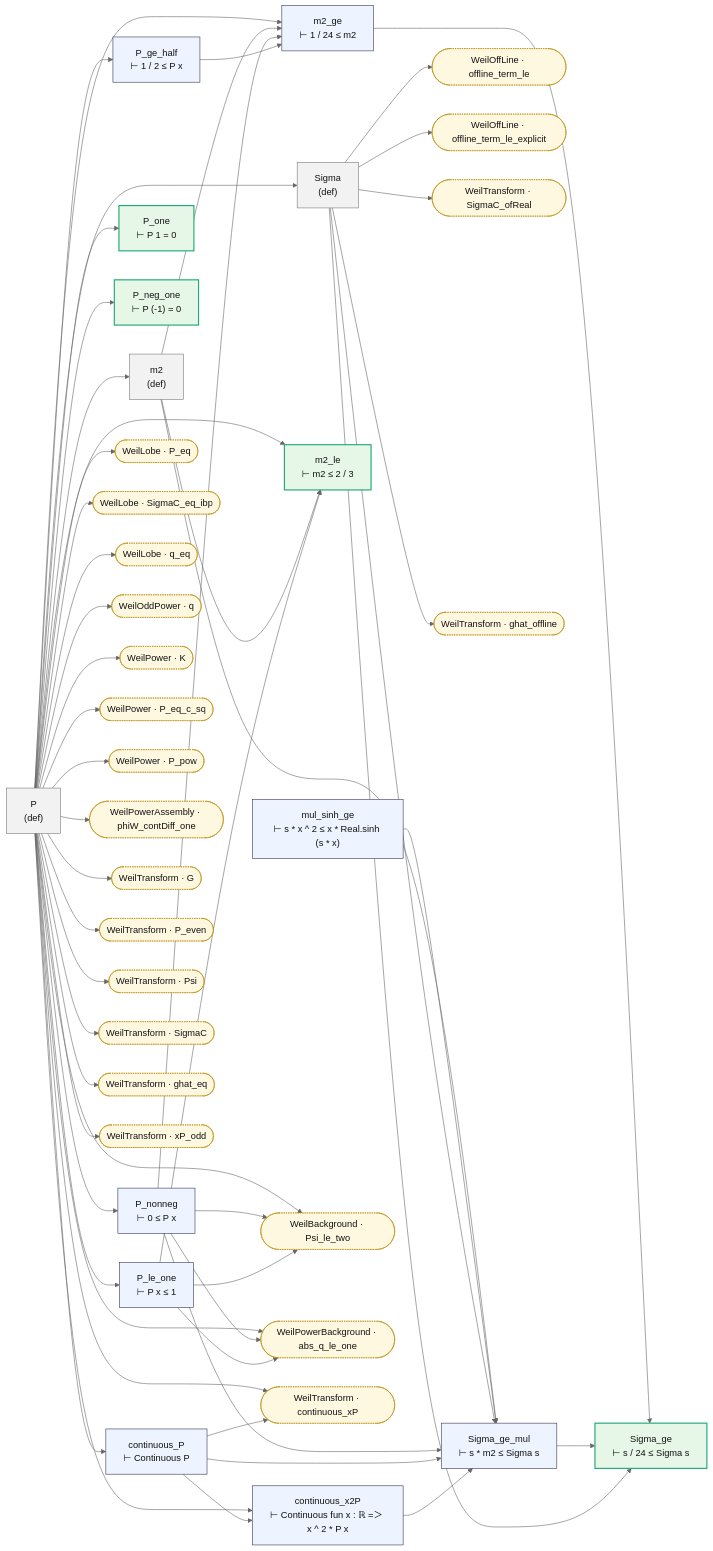
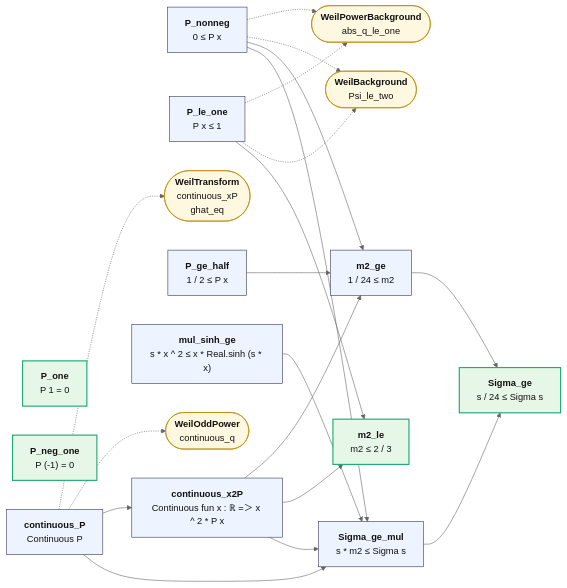
One commit to juliansambranojr/Primebeat_081426 changed the diagram in map/lean_stage3/WeilWindow.md. Above: the diagram before and after it, drawn with Mermaid (neutral theme). The commit also changed other lines of this file and 387 other files, not shown here.

````diff
--- a/map/lean_stage3/WeilWindow.md
+++ b/map/lean_stage3/WeilWindow.md
@@ -8,97 +12,42 @@
 ```mermaid
 flowchart LR
-  n0["P<br/>(def)"]:::dfn
-  n1["m2<br/>(def)"]:::dfn
-  n2["Sigma<br/>(def)"]:::dfn
-  n3["P_nonneg<br/>⊢ 0 ≤ P x"]:::thm
-  n4["P_le_one<br/>⊢ P x ≤ 1"]:::thm
-  n5["P_one<br/>⊢ P 1 = 0"]:::end_
-  n6["P_neg_one<br/>⊢ P (-1) = 0"]:::end_
-  n7["continuous_P<br/>⊢ Continuous P"]:::thm
-  n8["continuous_x2P<br/>⊢ Continuous fun x : ℝ =＞ x ^ 2 * P x"]:::thm
-  n9["P_ge_half<br/>⊢ 1 / 2 ≤ P x"]:::thm
-  n10["m2_le<br/>⊢ m2 ≤ 2 / 3"]:::end_
-  n11["m2_ge<br/>⊢ 1 / 24 ≤ m2"]:::thm
-  n12["mul_sinh_ge<br/>⊢ s * x ^ 2 ≤ x * Real.sinh (s * x)"]:::thm
-  n13["Sigma_ge_mul<br/>⊢ s * m2 ≤ Sigma s"]:::thm
-  n14["Sigma_ge<br/>⊢ s / 24 ≤ Sigma s"]:::end_
-  x0(["WeilBackground · Psi_le_two"]):::ext
-  x1(["WeilLobe · P_eq"]):::ext
-  x2(["WeilLobe · SigmaC_eq_ibp"]):::ext
-  x3(["WeilLobe · q_eq"]):::ext
-  x4(["WeilOddPower · q"]):::ext
-  x5(["WeilOffLine · offline_term_le"]):::ext
-  x6(["WeilOffLine · offline_term_le_explicit"]):::ext
-  x7(["WeilPower · K"]):::ext
-  x8(["WeilPower · P_eq_c_sq"]):::ext
-  x9(["WeilPower · P_pow"]):::ext
-  x10(["WeilPowerAssembly · phiW_contDiff_one"]):::ext
-  x11(["WeilPowerBackground · abs_q_le_one"]):::ext
-  x12(["WeilTransform · G"]):::ext
-  x13(["WeilTransform · P_even"]):::ext
-  x14(["WeilTransform · Psi"]):::ext
-  x15(["WeilTransform · SigmaC"]):::ext
-  x16(["WeilTransform · SigmaC_ofReal"]):::ext
-  x17(["WeilTransform · continuous_xP"]):::ext
-  x18(["WeilTransform · ghat_eq"]):::ext
-  x19(["WeilTransform · ghat_offline"]):::ext
-  x20(["WeilTransform · xP_odd"]):::ext
-  n0 --> n1
+  n0["<b>P_nonneg</b><br/>0 ≤ P x"]:::thm
+  n1["<b>P_le_one</b><br/>P x ≤ 1"]:::thm
+  n2["<b>P_one</b><br/>P 1 = 0"]:::end_
+  n3["<b>P_neg_one</b><br/>P (-1) = 0"]:::end_
+  n4["<b>continuous_P</b><br/>Continuous P"]:::thm
+  n5["<b>continuous_x2P</b><br/>Continuous fun x : ℝ =＞ x ^ 2 * P x"]:::thm
+  n6["<b>P_ge_half</b><br/>1 / 2 ≤ P x"]:::thm
+  n7["<b>m2_le</b><br/>m2 ≤ 2 / 3"]:::end_
+  n8["<b>m2_ge</b><br/>1 / 24 ≤ m2"]:::thm
+  n9["<b>mul_sinh_ge</b><br/>s * x ^ 2 ≤ x * Real.sinh (s * x)"]:::thm
+  n10["<b>Sigma_ge_mul</b><br/>s * m2 ≤ Sigma s"]:::thm
+  n11["<b>Sigma_ge</b><br/>s / 24 ≤ Sigma s"]:::end_
+  x0(["<b>WeilBackground</b><br/>Psi_le_two"]):::ext
+  x1(["<b>WeilPowerBackground</b><br/>abs_q_le_one"]):::ext
+  x2(["<b>WeilOddPower</b><br/>continuous_q"]):::ext
+  x3(["<b>WeilTransform</b><br/>continuous_xP<br/>ghat_eq"]):::ext
   n0 --> n10
-  n0 --> n11
-  n0 --> n2
-  n0 --> n3
-  n0 --> n4
-  n0 --> n5
-  n0 --> n6
-  n0 --> n7
   n0 --> n8
-  n0 --> n9
-  n0 --> x0
-  n0 --> x1
-  n0 --> x10
-  n0 --> x11
-  n0 --> x12
-  n0 --> x13
-  n0 --> x14
-  n0 --> x15
-  n0 --> x17
-  n0 --> x18
-  n0 --> x2
-  n0 --> x20
-  n0 --> x3
-  n0 --> x4
-  n0 --> x7
-  n0 --> x8
-  n0 --> x9
-  n1 --> n10
-  n1 --> n11
-  n1 --> n13
-  n11 --> n14
-  n12 --> n13
-  n13 --> n14
-  n2 --> n13
-  n2 --> n14
-  n2 --> x16
-  n2 --> x19
-  n2 --> x5
-  n2 --> x6
-  n3 --> n11
-  n3 --> n13
-  n3 --> x0
-  n3 --> x11
+  n1 --> n7
+  n10 --> n11
   n4 --> n10
-  n4 --> x0
-  n4 --> x11
-  n7 --> n13
-  n7 --> n8
-  n7 --> x17
-  n8 --> n13
-  n9 --> n11
+  n4 --> n5
+  n5 --> n10
+  n5 --> n7
+  n5 --> n8
+  n6 --> n8
+  n8 --> n11
+  n9 --> n10
+  n0 -.-> x0
+  n0 -.-> x1
+  n1 -.-> x0
+  n1 -.-> x1
+  n4 -.-> x2
+  n4 -.-> x3
   classDef thm fill:#eef4ff,stroke:#335,color:#111
-  classDef dfn fill:#f2f2f2,stroke:#777,color:#111
   classDef end_ fill:#e7f7e7,stroke:#2a7,color:#111,stroke-width:2px
   classDef lone fill:#fff,stroke:#999,color:#111,stroke-dasharray:4 3
   classDef bad fill:#ffe5e5,stroke:#c22,color:#111,stroke-width:2px
-  classDef ext fill:#fff8e1,stroke:#b80,color:#111,stroke-dasharray:2 2
+  classDef ext fill:#fff8e1,stroke:#b80,color:#111
 ```
````
